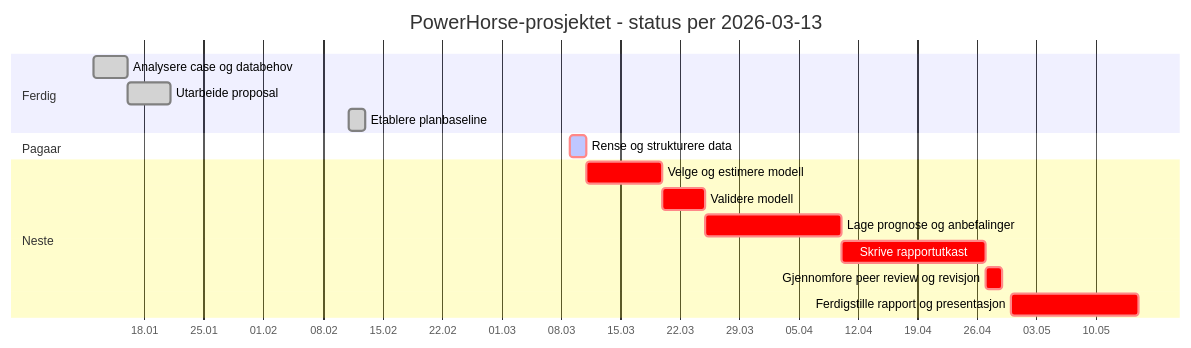
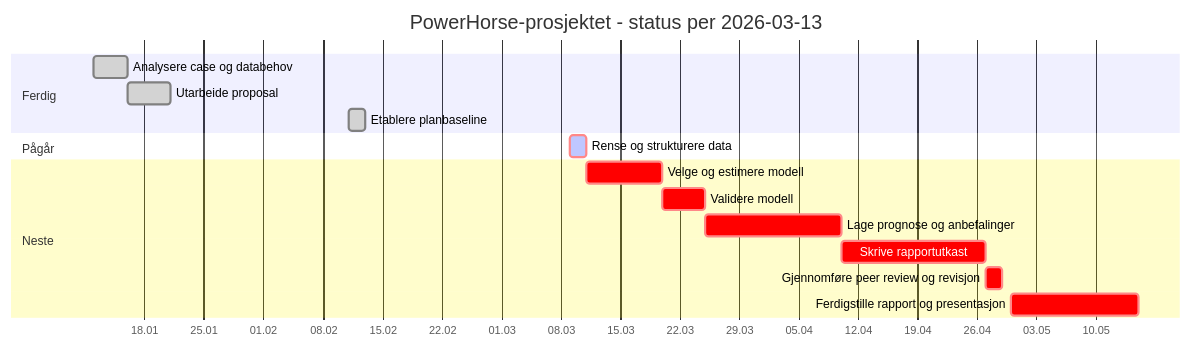
One commit to LOG650/G00-example changed the diagram in 012 fase 2 - plan/status.md. Above: the diagram before and after it, drawn with Mermaid. The commit also changed other lines of this file, not shown here.

````diff
--- a/012 fase 2 - plan/status.md
+++ b/012 fase 2 - plan/status.md
@@ -54,22 +54,22 @@
 ```mermaid
 gantt
     title PowerHorse-prosjektet - status per 2026-03-13
     dateFormat  YYYY-MM-DD
     axisFormat  %d.%m
 
     section Ferdig
     Analysere case og databehov :done, a1, 2026-01-12, 2026-01-16
     Utarbeide proposal :done, a2, 2026-01-16, 2026-01-21
     Etablere planbaseline :done, a3, 2026-02-11, 2026-02-13
 
-    section Pagaar
+    section Pågår
     Rense og strukturere data :crit, active, a4, 2026-03-09, 2026-03-11
 
     section Neste
     Velge og estimere modell :crit, a5, 2026-03-11, 2026-03-20
     Validere modell :crit, a6, 2026-03-20, 2026-03-25
     Lage prognose og anbefalinger :crit, a7, 2026-03-25, 2026-04-10
     Skrive rapportutkast :crit, a8, 2026-04-10, 2026-04-27
-    Gjennomfore peer review og revisjon :crit, a9, 2026-04-27, 2026-04-29
+    Gjennomføre peer review og revisjon :crit, a9, 2026-04-27, 2026-04-29
     Ferdigstille rapport og presentasjon :crit, a10, 2026-04-30, 2026-05-15
 ```
````
